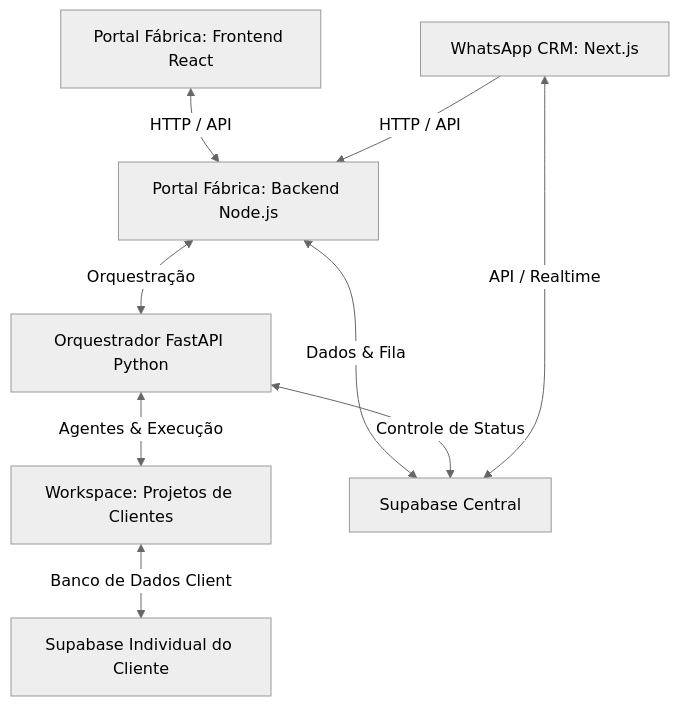
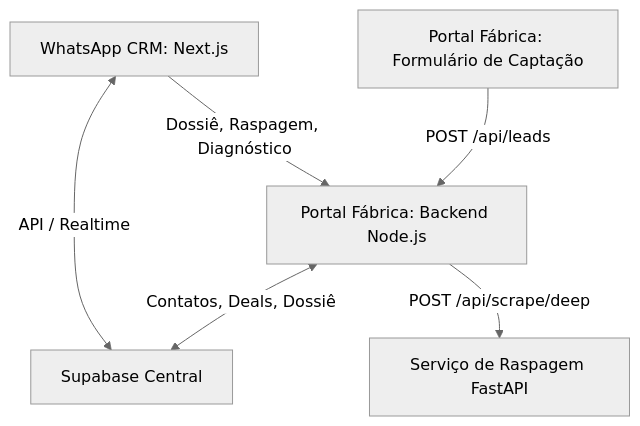
One commit to Emerson018/website_agent_orchestration changed the diagram in docs/como-rodar.md. Above: the diagram before and after it, drawn with Mermaid (neutral theme). The commit also changed other lines of this file and 2 other files, not shown here.

````diff
--- a/docs/como-rodar.md
+++ b/docs/como-rodar.md
@@ -22,11 +20,8 @@
 ```mermaid
 graph TD
-    A[Portal Fábrica: Frontend React] <-->|HTTP / API| B[Portal Fábrica: Backend Node.js]
-    B <-->|Orquestração| C[Orquestrador FastAPI Python]
-    C <-->|Agentes & Execução| D[Workspace: Projetos de Clientes]
-    B <-->|Dados & Fila| E[Supabase Central]
-    C <-->|Controle de Status| E
-    D <-->|Banco de Dados Client| F[Supabase Individual do Cliente]
+    P[Portal Fábrica: Formulário de Captação] -->|POST /api/leads| B[Portal Fábrica: Backend Node.js]
+    B <-->|Contatos, Deals, Dossiê| E[Supabase Central]
     G[WhatsApp CRM: Next.js] <-->|API / Realtime| E
-    G -->|HTTP / API| B
+    G -->|Dossiê, Raspagem, Diagnóstico| B
+    B -->|POST /api/scrape/deep| C[Serviço de Raspagem FastAPI]
 ```
````
